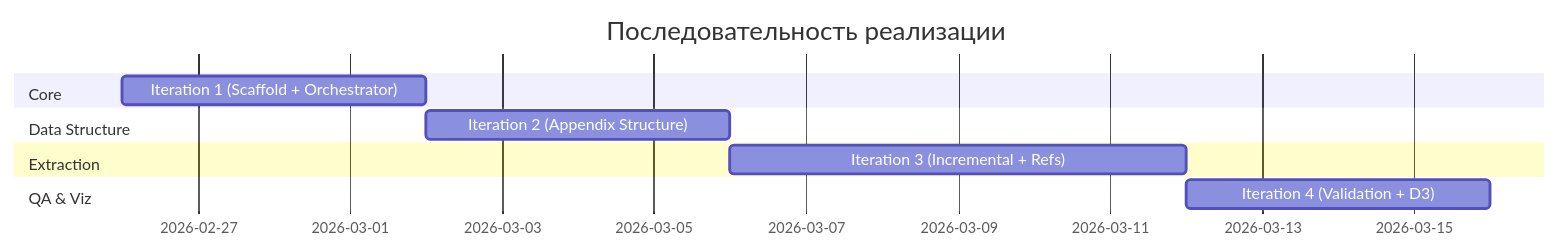
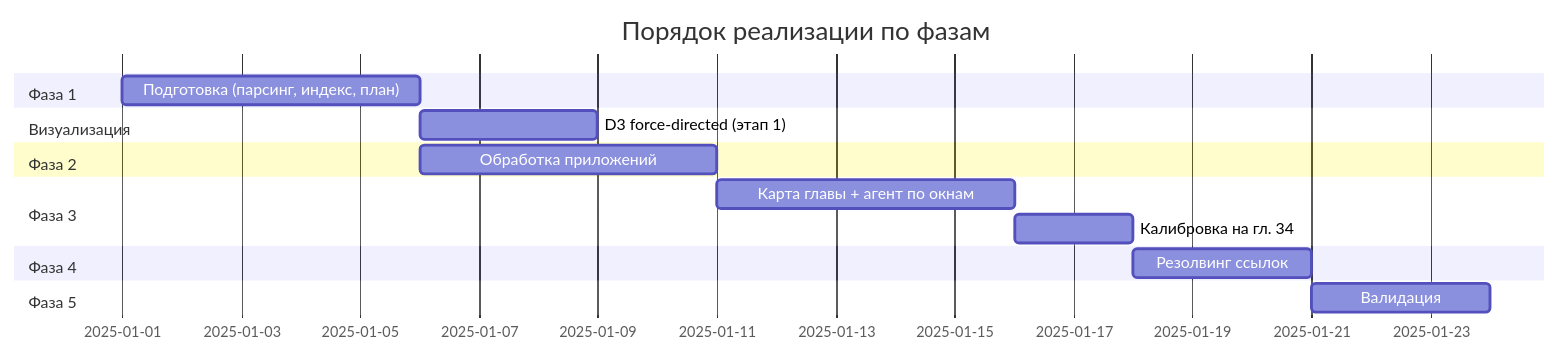
Before and after one commit to Dieugene/graph-parsing-706: the third of 3 diagrams in 00_docs/architecture/implementation_plan.md, drawn with Mermaid. The commit also changed other lines of this file and 19 other files, not shown here.

````diff
--- a/00_docs/architecture/implementation_plan.md
+++ b/00_docs/architecture/implementation_plan.md
@@ -237,13 +283,18 @@
 ```mermaid
 gantt
-    title Последовательность реализации
+    title Порядок реализации по фазам
     dateFormat YYYY-MM-DD
-    section Core
-    Iteration 1 (Scaffold + Orchestrator) :i1, 2026-02-26, 4d
-    section Data Structure
-    Iteration 2 (Appendix Structure) :i2, after i1, 4d
-    section Extraction
-    Iteration 3 (Incremental + Refs) :i3, after i2, 6d
-    section QA & Viz
-    Iteration 4 (Validation + D3) :i4, after i3, 4d
+    section Фаза 1
+    Подготовка (парсинг, индекс, план) :f1, 2025-01-01, 5d
+    section Визуализация
+    D3 force-directed (этап 1)         :viz, after f1, 3d
+    section Фаза 2
+    Обработка приложений               :f2, after f1, 5d
+    section Фаза 3
+    Карта главы + агент по окнам        :f3a, after f2, 5d
+    Калибровка на гл. 34               :f3b, after f3a, 2d
+    section Фаза 4
+    Резолвинг ссылок                   :f4, after f3b, 3d
+    section Фаза 5
+    Валидация                          :f5, after f4, 3d
 ```
````
